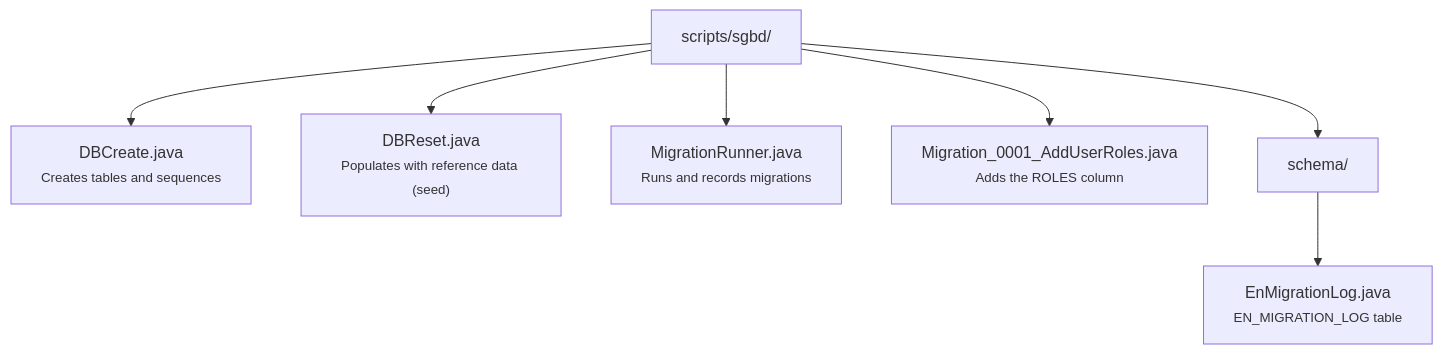
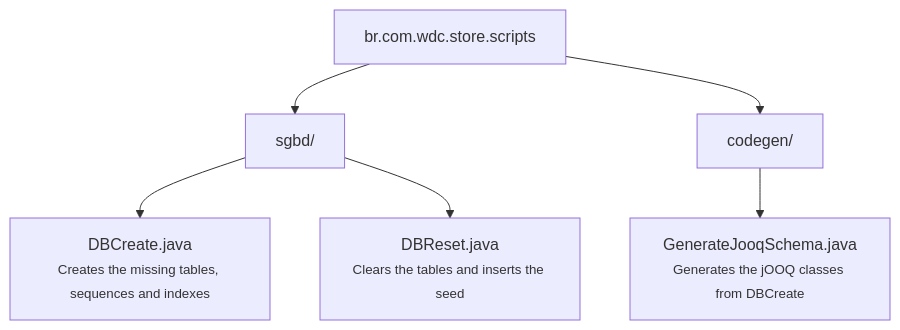
One commit to mrcdom/wdc-cube-java-v2 changed the diagram in fontes/br.com.wdc.store/br.com.wdc.store.scripts/README.md. Above: the diagram before and after it, drawn with Mermaid. The commit also changed other lines of this file and 50 other files, not shown here.

````diff
--- a/fontes/br.com.wdc.store/br.com.wdc.store.scripts/README.md
+++ b/fontes/br.com.wdc.store/br.com.wdc.store.scripts/README.md
@@ -14,10 +7,9 @@
 ```mermaid
 graph TD
-    root["scripts/sgbd/"]
-    root --> DBCreate["DBCreate.java<br/><small>Creates tables and sequences</small>"]
-    root --> DBReset["DBReset.java<br/><small>Populates with reference data (seed)</small>"]
-    root --> MigRunner["MigrationRunner.java<br/><small>Runs and records migrations</small>"]
-    root --> Mig0001["Migration_0001_AddUserRoles.java<br/><small>Adds the ROLES column</small>"]
-    root --> schema["schema/"]
-    schema --> EnMigLog["EnMigrationLog.java<br/><small>EN_MIGRATION_LOG table</small>"]
+    root["br.com.wdc.store.scripts"]
+    root --> sgbd["sgbd/"]
+    sgbd --> DBCreate["DBCreate.java<br/><small>Creates the missing tables, sequences and indexes</small>"]
+    sgbd --> DBReset["DBReset.java<br/><small>Clears the tables and inserts the seed</small>"]
+    root --> codegen["codegen/"]
+    codegen --> Gen["GenerateJooqSchema.java<br/><small>Generates the jOOQ classes from DBCreate</small>"]
 ```
````
